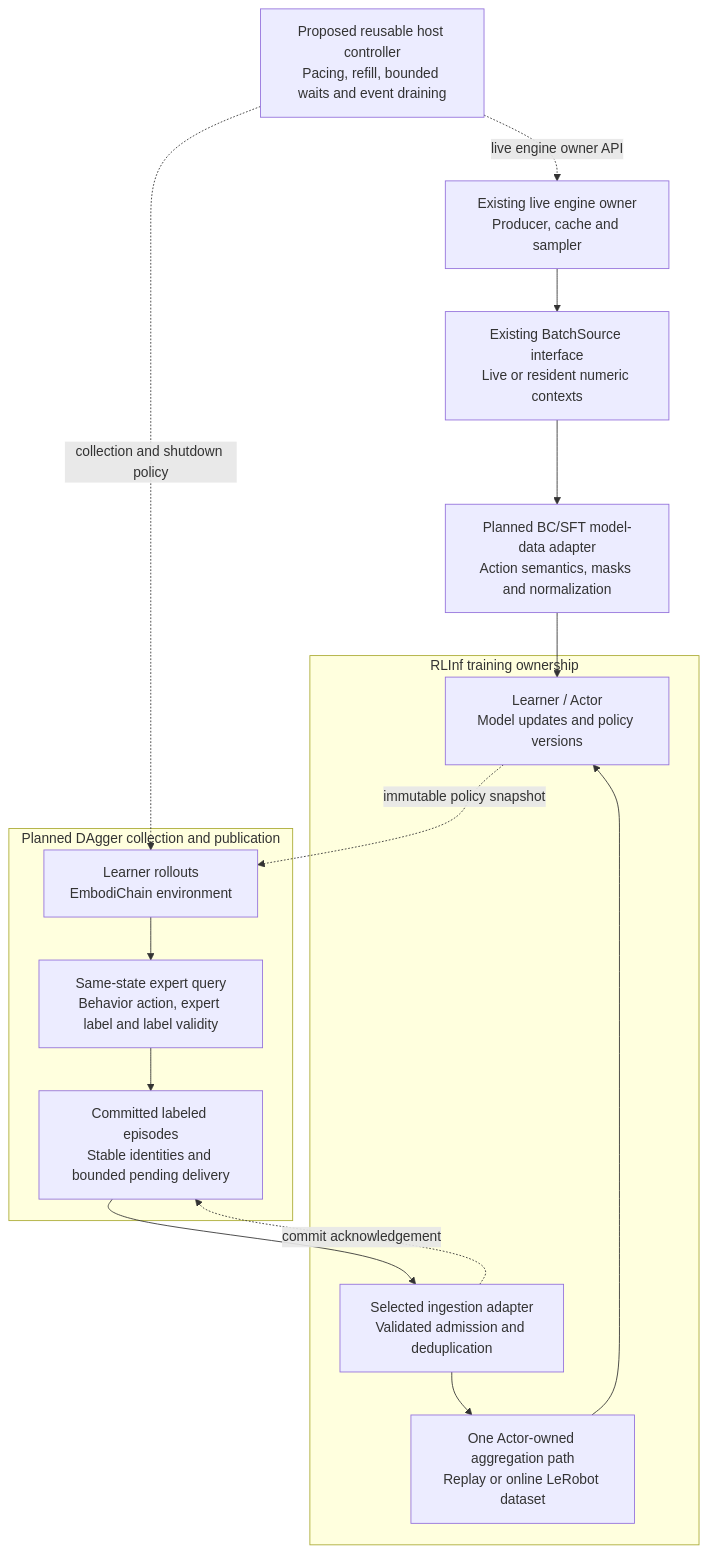
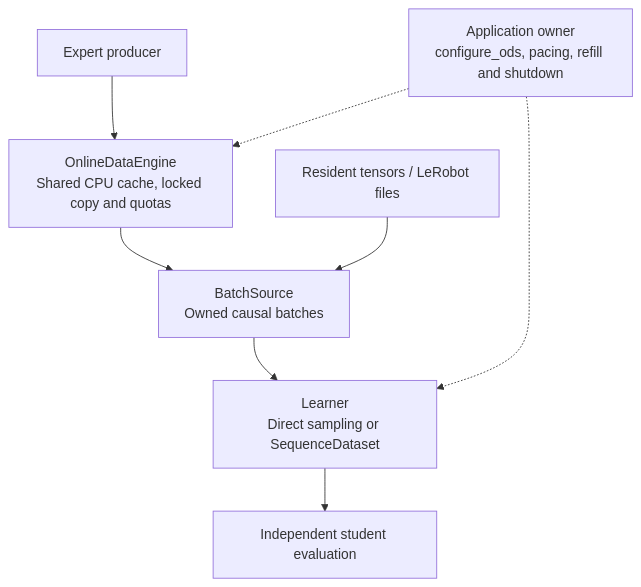
The diagram in docs/source/features/ods/architecture.md (DexForce/EmbodiChain), drawn with Mermaid before and after one commit. The commit also changed other lines of this file and 1 other file, not shown here.

Commit message:
docs(ods): simplify runtime diagram and defer integration section

````diff
--- a/docs/source/features/ods/architecture.md
+++ b/docs/source/features/ods/architecture.md
@@ -145,32 +13,11 @@
 ```mermaid
 flowchart TB
-    Engine["Existing live engine owner<br/>Producer, cache and sampler"]
-    Source["Existing BatchSource interface<br/>Live or resident numeric contexts"]
-    Adapter["Planned BC/SFT model-data adapter<br/>Action semantics, masks and normalization"]
-    Host["Proposed reusable host controller<br/>Pacing, refill, bounded waits and event draining"]
-
-    subgraph Collection["Planned DAgger collection and publication"]
-        Rollout["Learner rollouts<br/>EmbodiChain environment"]
-        Query["Same-state expert query<br/>Behavior action, expert label and label validity"]
-        Publish["Committed labeled episodes<br/>Stable identities and bounded pending delivery"]
-        Rollout --> Query
-        Query --> Publish
-    end
-
-    subgraph Training["RLInf training ownership"]
-        Ingest["Selected ingestion adapter<br/>Validated admission and deduplication"]
-        Replay["One Actor-owned aggregation path<br/>Replay or online LeRobot dataset"]
-        Learner["Learner / Actor<br/>Model updates and policy versions"]
-        Ingest --> Replay
-        Replay --> Learner
-    end
-
-    Engine --> Source
-    Source --> Adapter
-    Adapter --> Learner
-    Publish --> Ingest
-    Ingest -.->|commit acknowledgement| Publish
-    Learner -.->|immutable policy snapshot| Rollout
-    Host -.->|live engine owner API| Engine
-    Host -.->|collection and shutdown policy| Rollout
+    Producer["Expert producer"] --> Engine["OnlineDataEngine<br/>Shared CPU cache, locked copy and quotas"]
+    Engine --> Source["BatchSource<br/>Owned causal batches"]
+    Stored["Resident tensors / LeRobot files"] --> Source
+    Source --> Learner["Learner<br/>Direct sampling or SequenceDataset"]
+    Learner --> Eval["Independent student evaluation"]
+    Host["Application owner<br/>configure_ods, pacing, refill and shutdown"]
+    Host -.-> Engine
+    Host -.-> Learner
 ```
````
